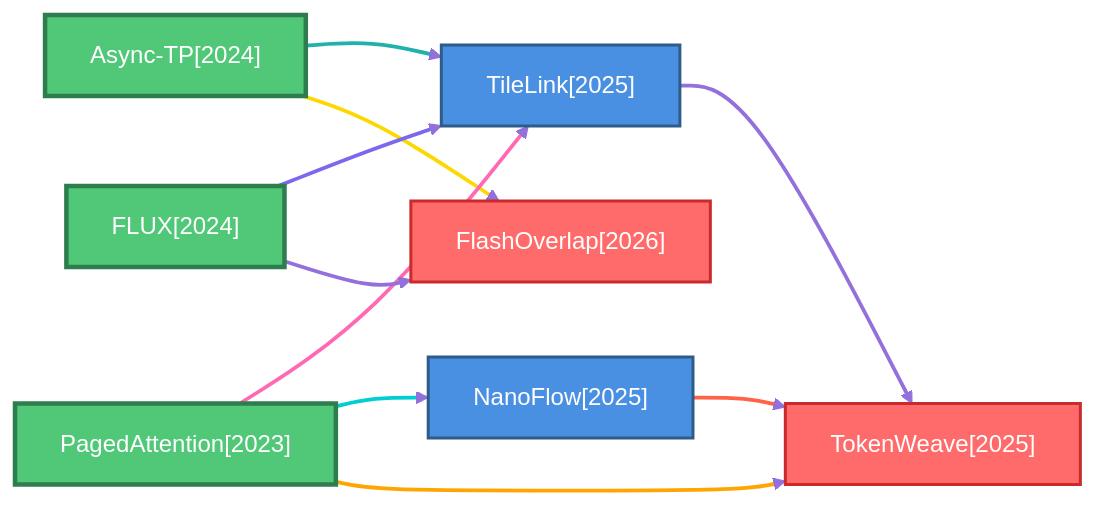
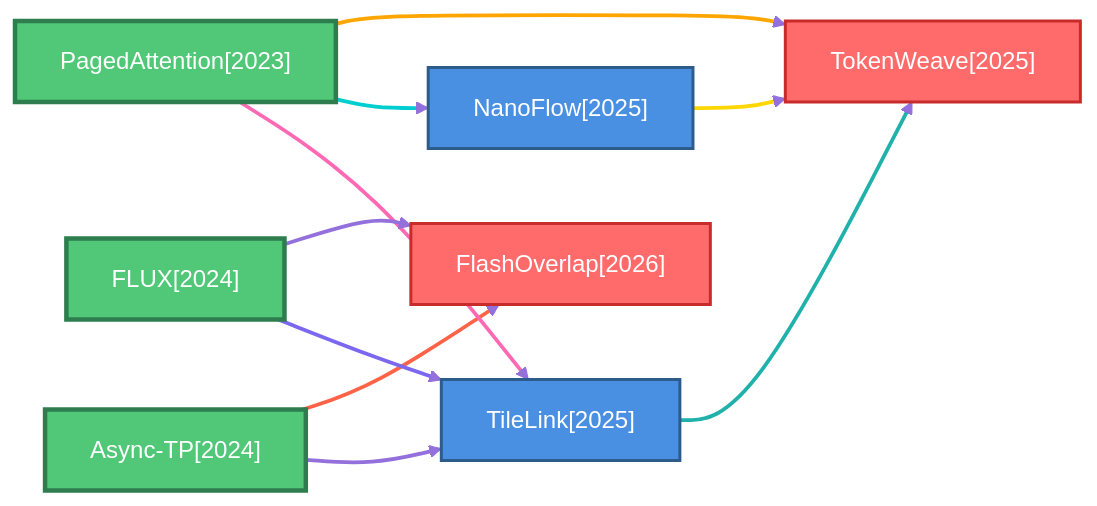
Before and after one commit to hustzxd/EfficientPaper: the first of 6 diagrams in docs/baseline_methods_graph.md, drawn with Mermaid. The commit also changed other lines of this file and 1 other file, not shown here.

````diff
--- a/docs/baseline_methods_graph.md
+++ b/docs/baseline_methods_graph.md
@@ -11,41 +11,41 @@
 ```mermaid
 flowchart LR
     classDef defaultNode fill:#4A90E2,stroke:#2E5C8A,stroke-width:2px,color:#fff
     classDef rootNode fill:#50C878,stroke:#2E7D4E,stroke-width:3px,color:#fff
     classDef leafNode fill:#FF6B6B,stroke:#C92A2A,stroke-width:2px,color:#fff
     linkStyle default stroke:#9370DB,stroke-width:2px
 
+    2024_Async_TP["Async-TP[2024]"]
+    class 2024_Async_TP rootNode
     2025_TileLink["TileLink[2025]"]
     class 2025_TileLink defaultNode
     2025_TokenWeave["TokenWeave[2025]"]
     class 2025_TokenWeave leafNode
+    2025_NanoFlow["NanoFlow[2025]"]
+    class 2025_NanoFlow defaultNode
     2026_FlashOverlap["FlashOverlap[2026]"]
     class 2026_FlashOverlap leafNode
-    2025_NanoFlow["NanoFlow[2025]"]
-    class 2025_NanoFlow defaultNode
-    2024_Async_TP["Async-TP[2024]"]
-    class 2024_Async_TP rootNode
     2023_PagedAttention["PagedAttention[2023]"]
     class 2023_PagedAttention rootNode
     2024_FLUX["FLUX[2024]"]
     class 2024_FLUX rootNode
 
+    2024_Async_TP ==>|" "| 2025_TileLink
+    linkStyle 0 stroke:#9370DB,stroke-width:2.5px
+    2024_Async_TP ==>|" "| 2026_FlashOverlap
+    linkStyle 1 stroke:#FF6347,stroke-width:2.5px
     2025_TileLink ==>|" "| 2025_TokenWeave
-    linkStyle 0 stroke:#9370DB,stroke-width:2.5px
+    linkStyle 2 stroke:#20B2AA,stroke-width:2.5px
     2025_NanoFlow ==>|" "| 2025_TokenWeave
-    linkStyle 1 stroke:#FF6347,stroke-width:2.5px
-    2024_Async_TP ==>|" "| 2025_TileLink
-    linkStyle 2 stroke:#20B2AA,stroke-width:2.5px
-    2024_Async_TP ==>|" "| 2026_FlashOverlap
     linkStyle 3 stroke:#FFD700,stroke-width:2.5px
     2023_PagedAttention ==>|" "| 2025_TileLink
     linkStyle 4 stroke:#FF69B4,stroke-width:2.5px
     2023_PagedAttention ==>|" "| 2025_NanoFlow
     linkStyle 5 stroke:#00CED1,stroke-width:2.5px
     2023_PagedAttention ==>|" "| 2025_TokenWeave
     linkStyle 6 stroke:#FFA500,stroke-width:2.5px
     2024_FLUX ==>|" "| 2025_TileLink
     linkStyle 7 stroke:#7B68EE,stroke-width:2.5px
     2024_FLUX ==>|" "| 2026_FlashOverlap
     linkStyle 8 stroke:#9370DB,stroke-width:2.5px
 ```
````
